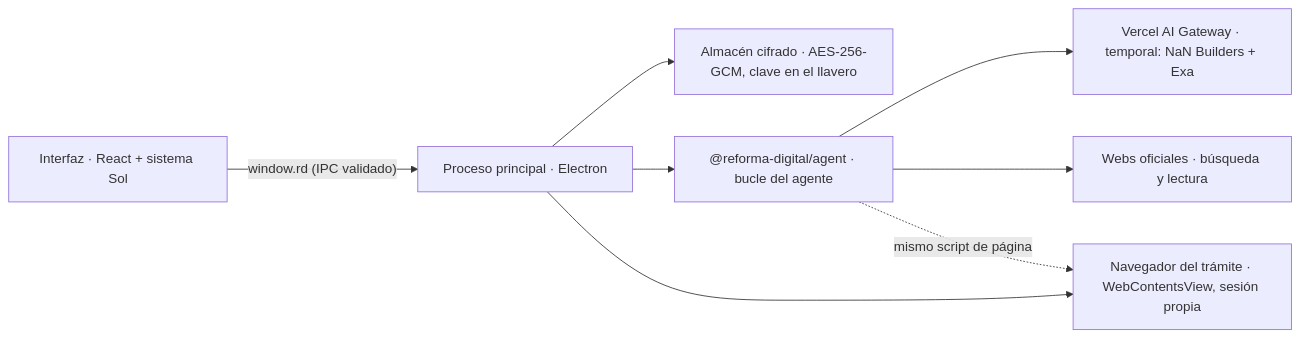
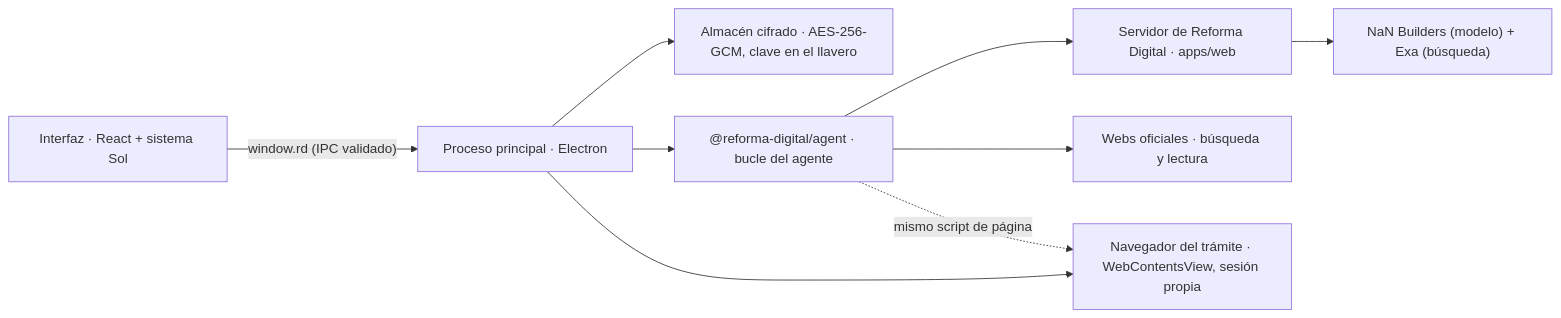
The diagram in apps/desktop/README.md (SantiagoJimenezQ/reforma-digital), drawn with Mermaid before and after one commit. The commit also changed other lines of this file and 21 other files, not shown here.

First line of the commit message:
feat(desktop): la app habla con un servidor de Reforma Digital y no lleva claves

````diff
--- a/apps/desktop/README.md
+++ b/apps/desktop/README.md
@@ -34,10 +37,11 @@
 ```mermaid
 flowchart LR
   UI["Interfaz · React + sistema Sol"] -- "window.rd (IPC validado)" --> Main["Proceso principal · Electron"]
   Main --> Almacen["Almacén cifrado · AES-256-GCM, clave en el llavero"]
   Main --> Agente["@reforma-digital/agent · bucle del agente"]
-  Agente --> Modelo["Vercel AI Gateway · temporal: NaN Builders + Exa"]
+  Agente --> Servidor["Servidor de Reforma Digital · apps/web"]
+  Servidor --> Modelo["NaN Builders (modelo) + Exa (búsqueda)"]
   Agente --> Oficiales["Webs oficiales · búsqueda y lectura"]
   Main --> Vista["Navegador del trámite · WebContentsView, sesión propia"]
   Agente -. "mismo script de página" .-> Vista
 ```
````
